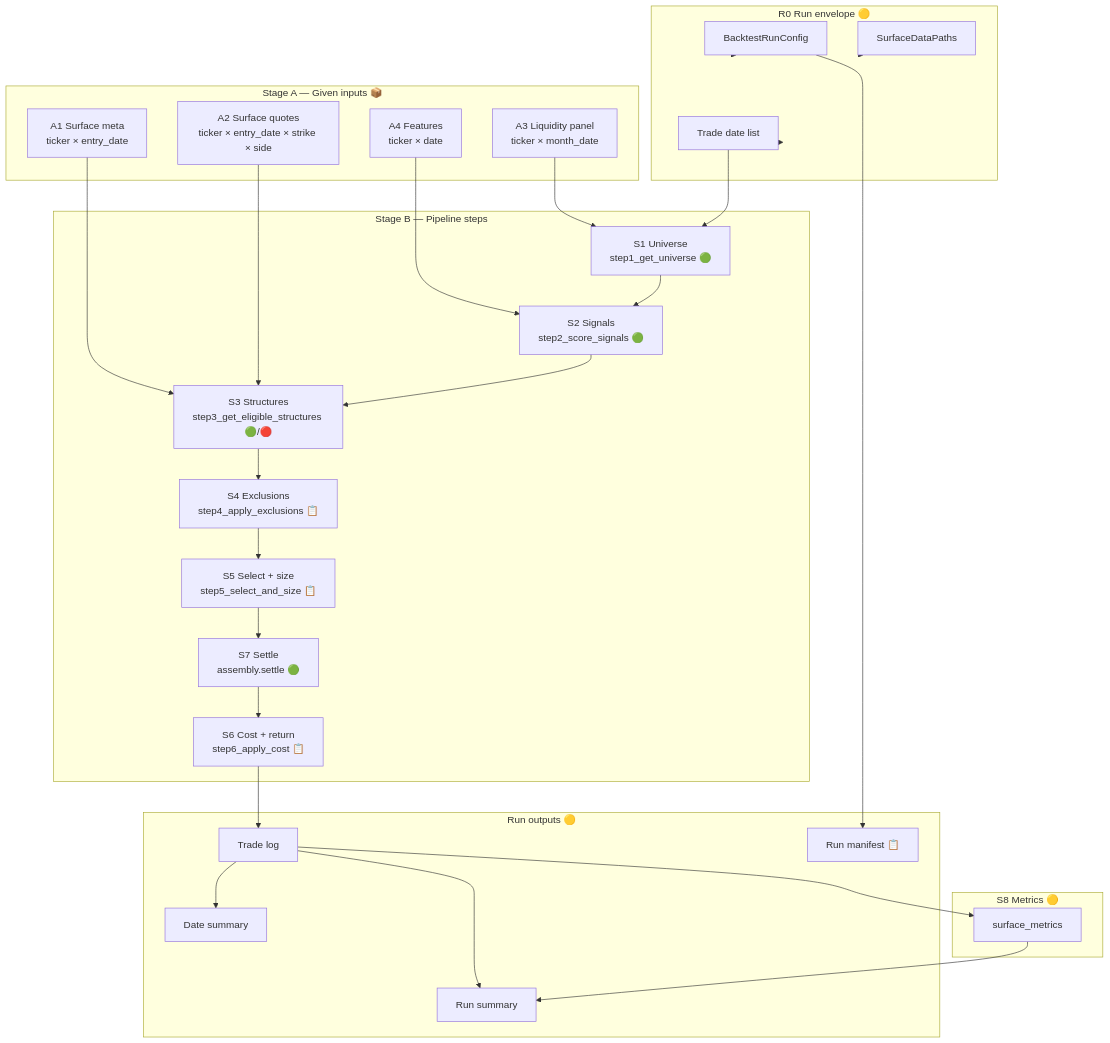
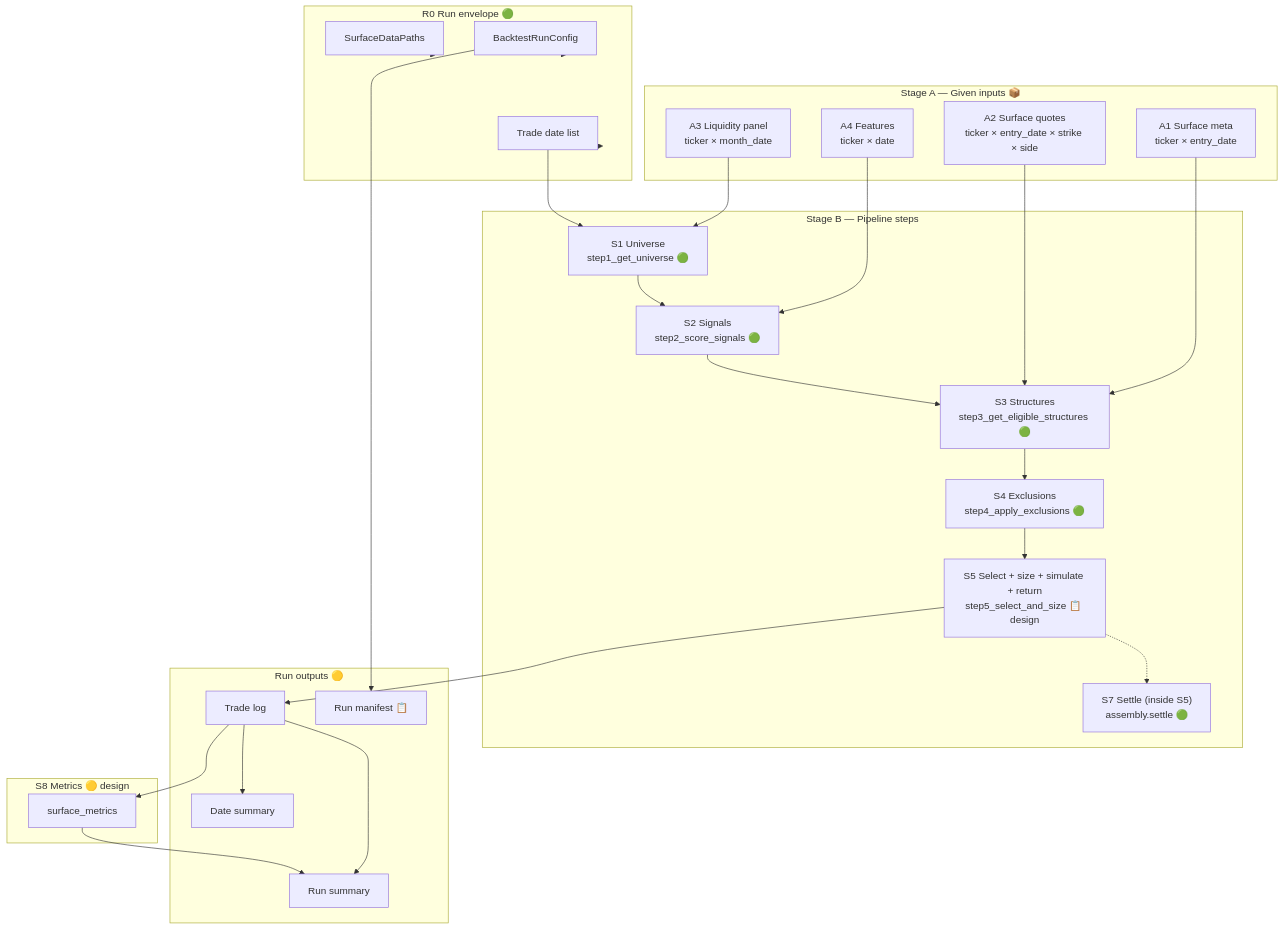
The diagram in docs/surface_engine_data_flow.md (dingh/MomentumCVG), drawn with Mermaid before and after one commit. The commit also changed other lines of this file and 24 other files, not shown here.

````diff
--- a/docs/surface_engine_data_flow.md
+++ b/docs/surface_engine_data_flow.md
@@ -27,57 +27,55 @@
 ```mermaid
 flowchart TB
   subgraph stageA ["Stage A — Given inputs 📦"]
     META["A1 Surface meta<br/>ticker × entry_date"]
     QUOTES["A2 Surface quotes<br/>ticker × entry_date × strike × side"]
     LIQ["A3 Liquidity panel<br/>ticker × month_date"]
     FEAT["A4 Features<br/>ticker × date"]
   end
 
-  subgraph envelope ["R0 Run envelope 🟡"]
+  subgraph envelope ["R0 Run envelope 🟢"]
     CFG["BacktestRunConfig"]
     PATHS["SurfaceDataPaths"]
     DATES["Trade date list"]
   end
 
   subgraph pipeline ["Stage B — Pipeline steps"]
     S1["S1 Universe<br/>step1_get_universe 🟢"]
     S2["S2 Signals<br/>step2_score_signals 🟢"]
-    S3["S3 Structures<br/>step3_get_eligible_structures 🟢/🔴"]
-    S4["S4 Exclusions<br/>step4_apply_exclusions 📋"]
-    S5["S5 Select + size<br/>step5_select_and_size 📋"]
-    S6["S6 Cost + return<br/>step6_apply_cost 📋"]
-    S7["S7 Settle<br/>assembly.settle 🟢"]
+    S3["S3 Structures<br/>step3_get_eligible_structures 🟢"]
+    S4["S4 Exclusions<br/>step4_apply_exclusions 🟢"]
+    S5["S5 Select + size + simulate + return<br/>step5_select_and_size 📋 design"]
+    S7["S7 Settle (inside S5)<br/>assembly.settle 🟢"]
   end
 
   subgraph outputs ["Run outputs 🟡"]
     LOG["Trade log"]
     DSUM["Date summary"]
     RSUM["Run summary"]
     MAN["Run manifest 📋"]
   end
 
-  subgraph metrics ["S8 Metrics 🟡"]
+  subgraph metrics ["S8 Metrics 🟡 design"]
     MET["surface_metrics"]
   end
 
   META --> S3
   QUOTES --> S3
   LIQ --> S1
   FEAT --> S2
   CFG --> envelope
   PATHS --> envelope
   envelope --> DATES
   DATES --> S1
   S1 --> S2
   S2 --> S3
   S3 --> S4
   S4 --> S5
-  S5 --> S7
-  S7 --> S6
-  S6 --> LOG
+  S5 --> LOG
+  S5 -.-> S7
   LOG --> DSUM
   LOG --> RSUM
   LOG --> MET
   MET --> RSUM
   CFG --> MAN
 ```
````
